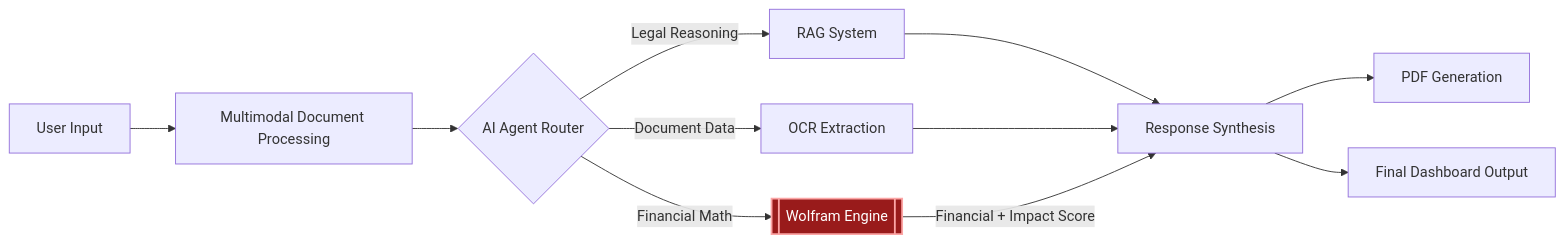
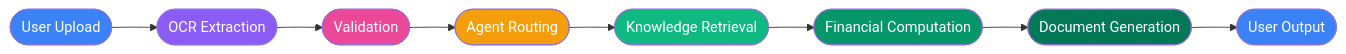
Before and after one commit to M-zz-k/Varasat_Ai: the second of 2 diagrams in README.md, drawn with Mermaid. The commit also changed other lines of this file, not shown here.

Commit message:
docs: finalize hackathon README structure, workflow diagrams, and screenshot placeholders

````diff
--- a/README.md
+++ b/README.md
@@ -70,18 +112,19 @@
 ```mermaid
 flowchart LR
-    A[User Input] --> B[Multimodal Document Processing]
-    B --> C{AI Agent Router}
-    
-    C -->|Legal Reasoning| D[RAG System]
-    C -->|Document Data| E[OCR Extraction]
-    C -->|Financial Math| F[[Wolfram Engine]]
-    
-    D --> G[Response Synthesis]
-    E --> G
-    F -->|Financial + Impact Score| G
-    
-    G --> H[PDF Generation]
-    G --> I[Final Dashboard Output]
-    
-    style F fill:#991b1b,stroke:#fca5a5,stroke-width:2px,color:#fff
+    A([User Upload]) --> B([OCR Extraction])
+    B --> C([Validation])
+    C --> D([Agent Routing])
+    D --> E([Knowledge Retrieval])
+    E --> F([Financial Computation])
+    F --> G([Document Generation])
+    G --> H([User Output])
+
+    style A fill:#3b82f6,color:#fff
+    style B fill:#8b5cf6,color:#fff
+    style C fill:#ec4899,color:#fff
+    style D fill:#f59e0b,color:#fff
+    style E fill:#10b981,color:#fff
+    style F fill:#059669,color:#fff
+    style G fill:#047857,color:#fff
+    style H fill:#3b82f6,color:#fff
 ```
````
